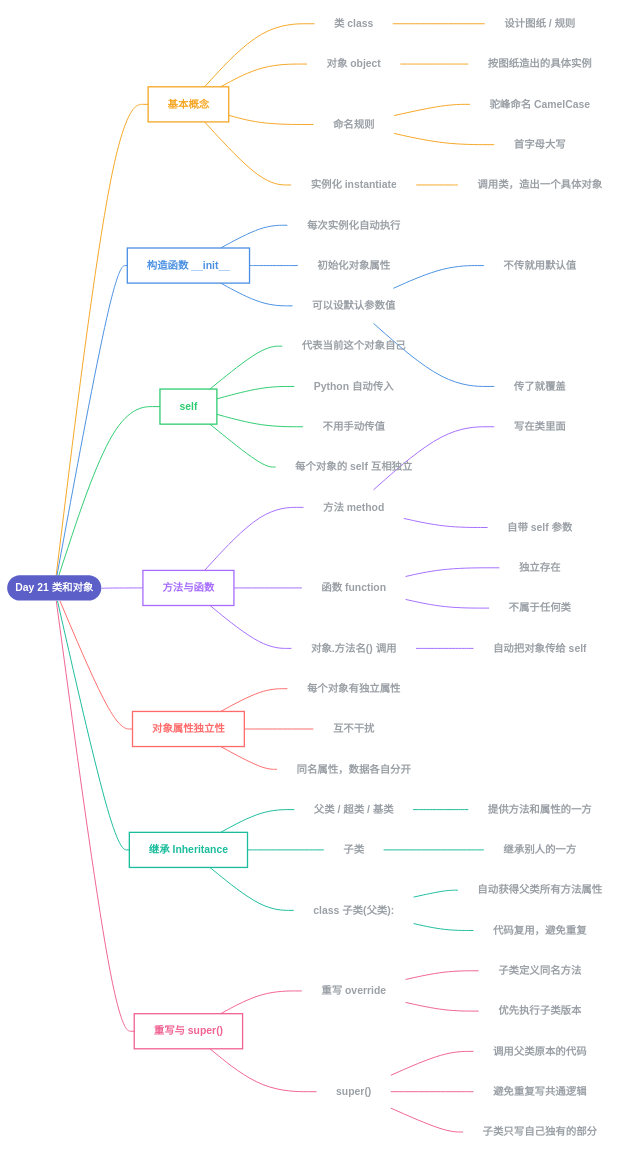
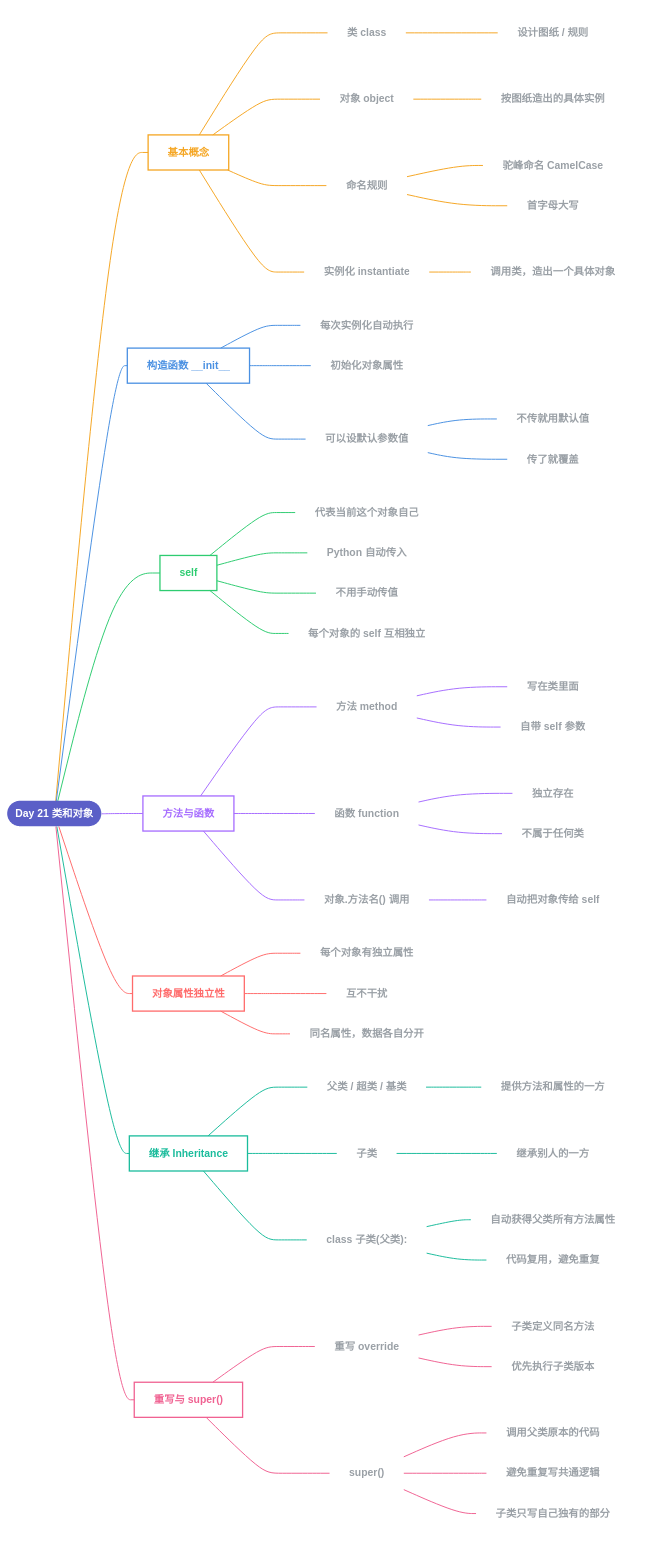
One commit to Lnnkun/30-days-of-python-notes changed the diagram in Day21_类和对象.md. Above: the diagram before and after it, drawn with Mermaid. The commit also changed 3 other files, not shown here.

Commit message:
修复 Day18-21 思维导图排版：连线不再穿过文字

```diff
--- a/Day21_类和对象.md
+++ b/Day21_类和对象.md
@@ -5,69 +5,108 @@
 flowchart LR
   R(["Day 21 类和对象"])
   R --- b0["基本概念"]
+  b0 --- n1["类 class"]
+  subgraph sn1[" "]
+  n1 --- n2["设计图纸 / 规则"]
+  end
+  style sn1 fill:none,stroke:none
+  b0 --- n3["对象 object"]
+  subgraph sn3[" "]
+  n3 --- n4["按图纸造出的具体实例"]
+  end
+  style sn3 fill:none,stroke:none
+  b0 --- n5["命名规则"]
+  subgraph sn5[" "]
+  n5 --- n6["驼峰命名 CamelCase"]
+  n5 --- n7["首字母大写"]
+  end
+  style sn5 fill:none,stroke:none
+  b0 --- n8["实例化 instantiate"]
+  subgraph sn8[" "]
+  n8 --- n9["调用类，造出一个具体对象"]
+  end
+  style sn8 fill:none,stroke:none
   classDef c0 fill:none,stroke:#F5A623,stroke-width:2px,color:#F5A623,font-weight:bold
   class b0 c0
-  b0 --- n1["类 class"]
-  n1 --- n2["设计图纸 / 规则"]
-  b0 --- n3["对象 object"]
-  n3 --- n4["按图纸造出的具体实例"]
-  b0 --- n5["命名规则"]
-  n5 --- n6["驼峰命名 CamelCase"]
-  n5 --- n7["首字母大写"]
-  b0 --- n8["实例化 instantiate"]
-  n8 --- n9["调用类，造出一个具体对象"]
   R --- b1["构造函数 __init__"]
-  classDef c1 fill:none,stroke:#4A90E2,stroke-width:2px,color:#4A90E2,font-weight:bold
-  class b1 c1
   b1 --- n10["每次实例化自动执行"]
   b1 --- n11["初始化对象属性"]
   b1 --- n12["可以设默认参数值"]
+  subgraph sn12[" "]
   n12 --- n13["不传就用默认值"]
   n12 --- n14["传了就覆盖"]
+  end
+  style sn12 fill:none,stroke:none
+  classDef c1 fill:none,stroke:#4A90E2,stroke-width:2px,color:#4A90E2,font-weight:bold
+  class b1 c1
   R --- b2["self"]
-  classDef c2 fill:none,stroke:#2ECC71,stroke-width:2px,color:#2ECC71,font-weight:bold
-  class b2 c2
   b2 --- n15["代表当前这个对象自己"]
   b2 --- n16["Python 自动传入"]
   b2 --- n17["不用手动传值"]
   b2 --- n18["每个对象的 self 互相独立"]
+  classDef c2 fill:none,stroke:#2ECC71,stroke-width:2px,color:#2ECC71,font-weight:bold
+  class b2 c2
   R --- b3["方法与函数"]
+  b3 --- n19["方法 method"]
+  subgraph sn19[" "]
+  n19 --- n20["写在类里面"]
+  n19 --- n21["自带 self 参数"]
+  end
+  style sn19 fill:none,stroke:none
+  b3 --- n22["函数 function"]
+  subgraph sn22[" "]
+  n22 --- n23["独立存在"]
+  n22 --- n24["不属于任何类"]
+  end
+  style sn22 fill:none,stroke:none
+  b3 --- n25["对象.方法名() 调用"]
+  subgraph sn25[" "]
+  n25 --- n26["自动把对象传给 self"]
+  end
+  style sn25 fill:none,stroke:none
   classDef c3 fill:none,stroke:#A66CFF,stroke-width:2px,color:#A66CFF,font-weight:bold
   class b3 c3
-  b3 --- n19["方法 method"]
-  n19 --- n20["写在类里面"]
-  n19 --- n21["自带 self 参数"]
-  b3 --- n22["函数 function"]
-  n22 --- n23["独立存在"]
-  n22 --- n24["不属于任何类"]
-  b3 --- n25["对象.方法名() 调用"]
-  n25 --- n26["自动把对象传给 self"]
   R --- b4["对象属性独立性"]
-  classDef c4 fill:none,stroke:#FF6B6B,stroke-width:2px,color:#FF6B6B,font-weight:bold
-  class b4 c4
   b4 --- n27["每个对象有独立属性"]
   b4 --- n28["互不干扰"]
   b4 --- n29["同名属性，数据各自分开"]
+  classDef c4 fill:none,stroke:#FF6B6B,stroke-width:2px,color:#FF6B6B,font-weight:bold
+  class b4 c4
   R --- b5["继承 Inheritance"]
+  b5 --- n30["父类 / 超类 / 基类"]
+  subgraph sn30[" "]
+  n30 --- n31["提供方法和属性的一方"]
+  end
+  style sn30 fill:none,stroke:none
+  b5 --- n32["子类"]
+  subgraph sn32[" "]
+  n32 --- n33["继承别人的一方"]
+  end
+  style sn32 fill:none,stroke:none
+  b5 --- n34["class 子类(父类):"]
+  subgraph sn34[" "]
+  n34 --- n35["自动获得父类所有方法属性"]
+  n34 --- n36["代码复用，避免重复"]
+  end
+  style sn34 fill:none,stroke:none
   classDef c5 fill:none,stroke:#1ABC9C,stroke-width:2px,color:#1ABC9C,font-weight:bold
   class b5 c5
-  b5 --- n30["父类 / 超类 / 基类"]
-  n30 --- n31["提供方法和属性的一方"]
-  b5 --- n32["子类"]
-  n32 --- n33["继承别人的一方"]
-  b5 --- n34["class 子类(父类):"]
-  n34 --- n35["自动获得父类所有方法属性"]
-  n34 --- n36["代码复用，避免重复"]
   R --- b6["重写与 super()"]
-  classDef c6 fill:none,stroke:#F06292,stroke-width:2px,color:#F06292,font-weight:bold
-  class b6 c6
   b6 --- n37["重写 override"]
+  subgraph sn37[" "]
   n37 --- n38["子类定义同名方法"]
   n37 --- n39["优先执行子类版本"]
+  end
+  style sn37 fill:none,stroke:none
   b6 --- n40["super()"]
+  subgraph sn40[" "]
   n40 --- n41["调用父类原本的代码"]
   n40 --- n42["避免重复写共通逻辑"]
   n40 --- n43["子类只写自己独有的部分"]
+  end
+  style sn40 fill:none,stroke:none
+  classDef c6 fill:none,stroke:#F06292,stroke-width:2px,color:#F06292,font-weight:bold
+  class b6 c6
   classDef leaf fill:none,stroke:none,color:#9AA0A6
   classDef root fill:#5B5FC7,stroke:none,color:#fff,font-weight:bold
   class R root
```
